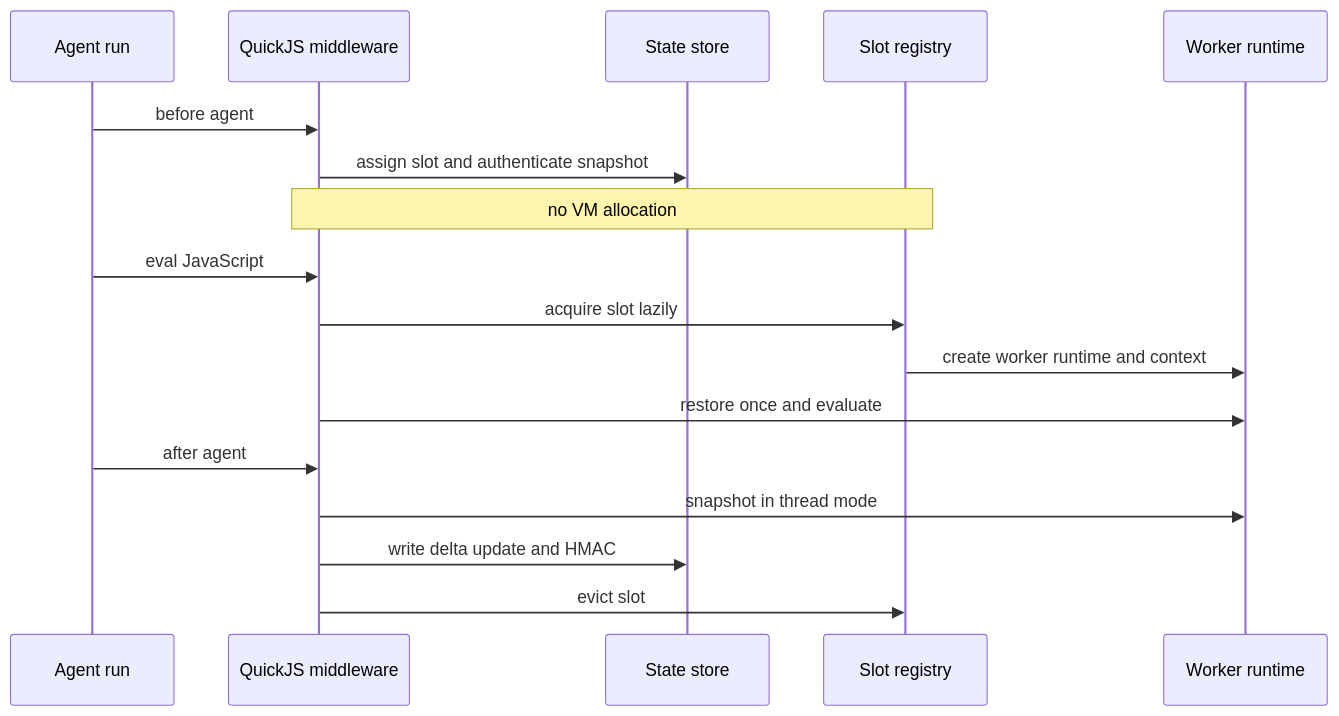
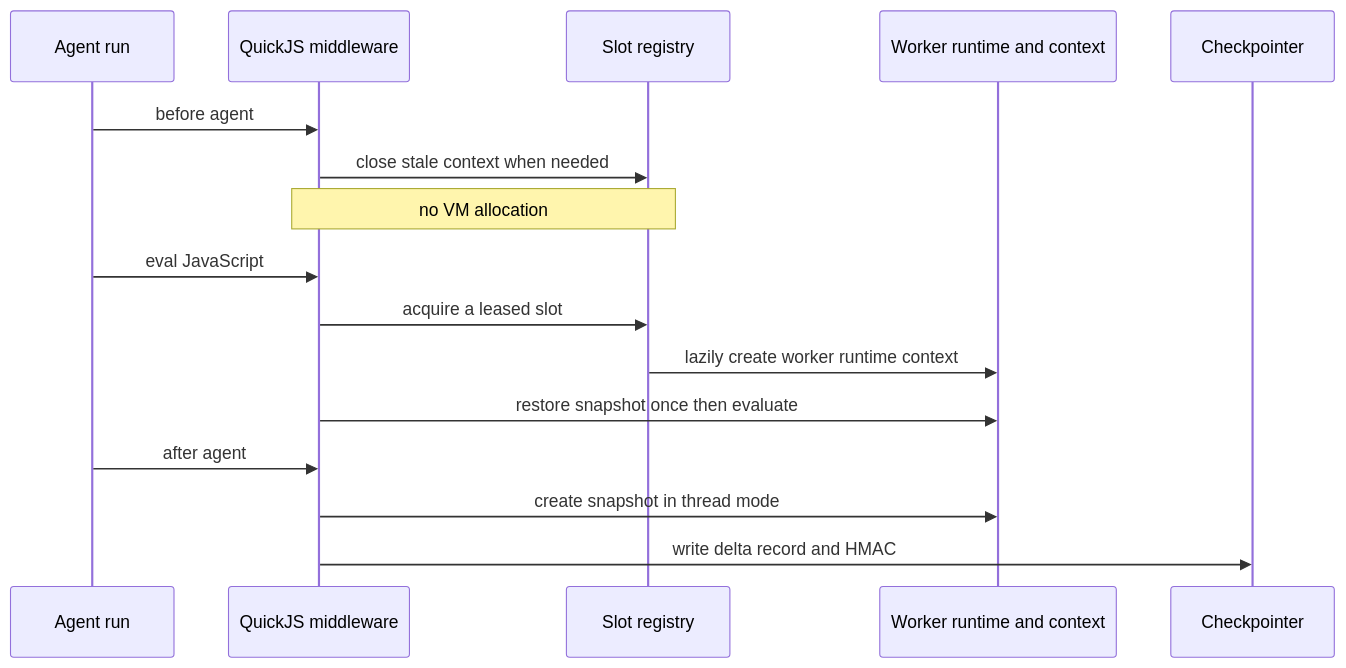
The first of 2 diagrams in openwiki/integrations/sandbox-partners.md (langchain-ai/deepagents), drawn with Mermaid before and after one commit. The commit also changed other lines of this file and 43 other files, not shown here.

````diff
--- a/openwiki/integrations/sandbox-partners.md
+++ b/openwiki/integrations/sandbox-partners.md
@@ -151,19 +61,18 @@
 ```mermaid
 sequenceDiagram
     participant Agent as Agent run
     participant Middleware as QuickJS middleware
-    participant Store as State store
     participant Registry as Slot registry
-    participant Runtime as Worker runtime
+    participant Slot as Worker runtime and context
+    participant Store as Checkpointer
     Agent->>Middleware: before agent
-    Middleware->>Store: assign slot and authenticate snapshot
+    Middleware->>Registry: close stale context when needed
     Note over Middleware,Registry: no VM allocation
     Agent->>Middleware: eval JavaScript
-    Middleware->>Registry: acquire slot lazily
-    Registry->>Runtime: create worker runtime and context
-    Middleware->>Runtime: restore once and evaluate
+    Middleware->>Registry: acquire a leased slot
+    Registry->>Slot: lazily create worker runtime context
+    Middleware->>Slot: restore snapshot once then evaluate
     Agent->>Middleware: after agent
-    Middleware->>Runtime: snapshot in thread mode
-    Middleware->>Store: write delta update and HMAC
-    Middleware->>Registry: evict slot
+    Middleware->>Slot: create snapshot in thread mode
+    Middleware->>Store: write delta record and HMAC
 ```
````
